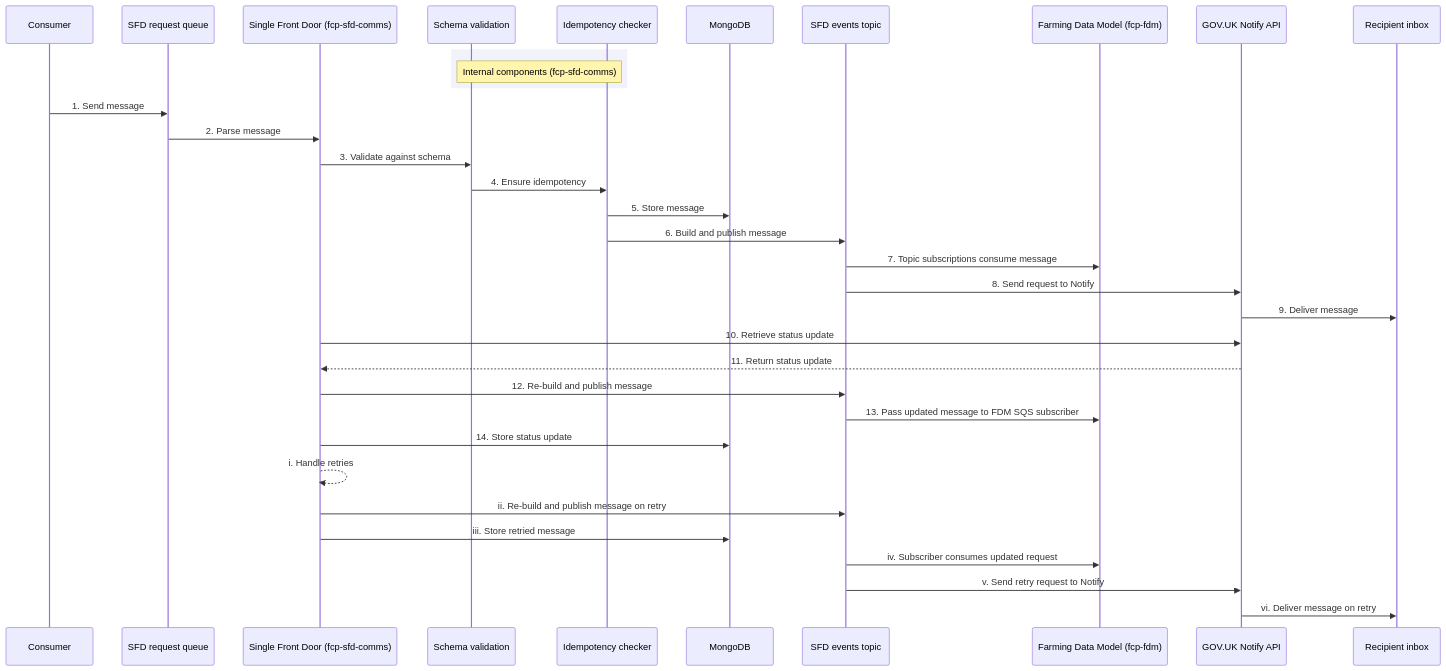
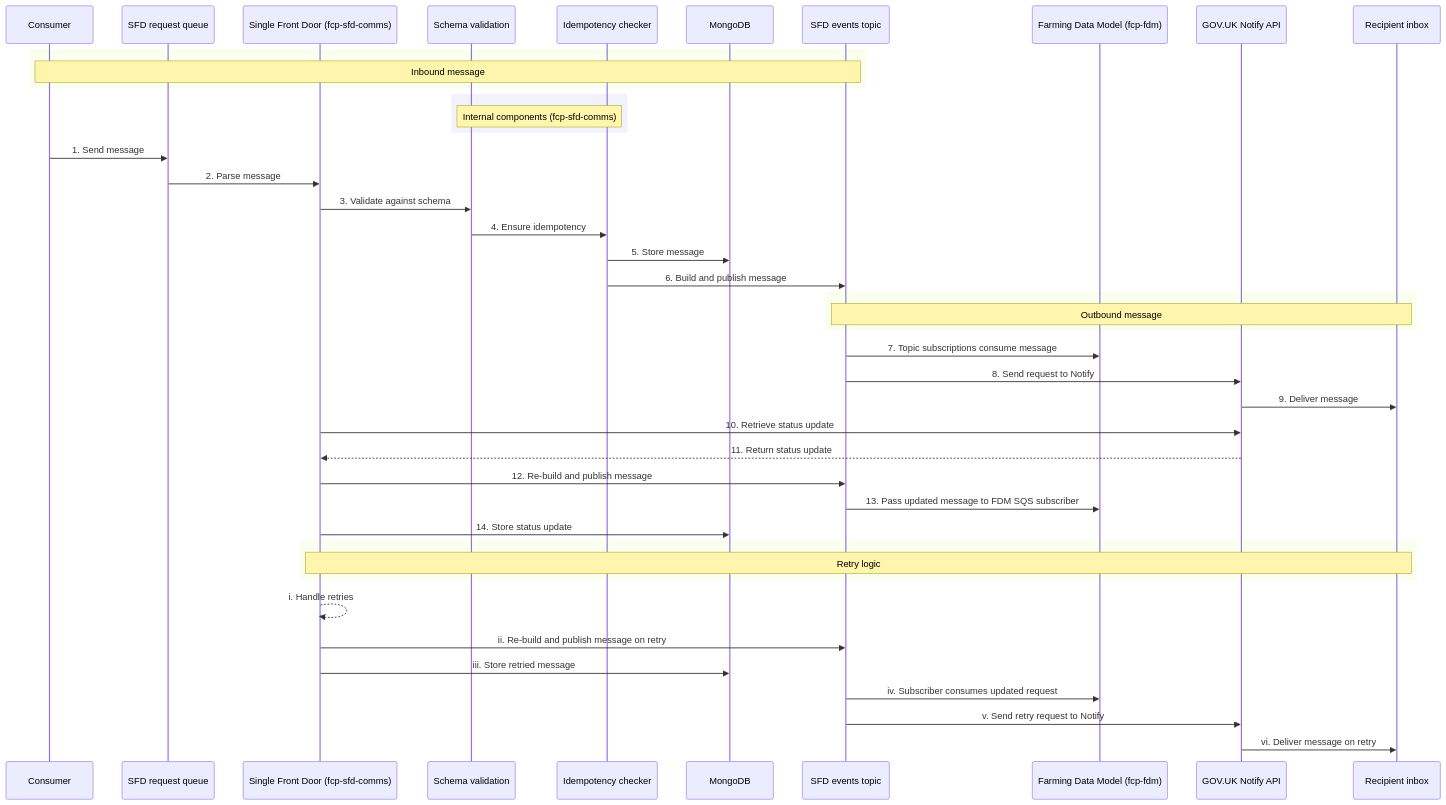
One commit to DEFRA/fcp-sfd-comms changed the first of 2 diagrams in README.md. Above: the diagram before and after it, drawn with Mermaid. The commit also changed other lines of this file, not shown here.

````diff
--- a/README.md
+++ b/README.md
@@ -21,40 +21,54 @@
 ```mermaid
 sequenceDiagram
     participant CONSUMER as Consumer
     participant SQS as SFD request queue
     participant SFD as Single Front Door (fcp-sfd-comms)
     participant VALIDATOR as Schema validation
     participant IDEMPOTENCY_CHECKER as Idempotency checker
     participant MONGO as MongoDB
     participant SNS as SFD events topic
     participant FDM as Farming Data Model (fcp-fdm)
     participant NOTIFY as GOV.UK Notify API
     participant RECIPIENT as Recipient inbox
 
+    rect
+        note over CONSUMER,SNS: Inbound message
+    end
+
     rect rgba(230, 230, 250, 0.5)
         note over VALIDATOR,IDEMPOTENCY_CHECKER: Internal components (fcp-sfd-comms)
     end
+
 
     CONSUMER->>SQS: 1. Send message
     SQS->>SFD: 2. Parse message
     SFD->>VALIDATOR: 3. Validate against schema
     VALIDATOR->>IDEMPOTENCY_CHECKER: 4. Ensure idempotency
     IDEMPOTENCY_CHECKER->>MONGO: 5. Store message
     IDEMPOTENCY_CHECKER->>SNS: 6. Build and publish message
+
+    rect
+        note over SNS,RECIPIENT: Outbound message
+    end
+
     SNS->>FDM: 7. Topic subscriptions consume message
     SNS->>NOTIFY: 8. Send request to Notify
     NOTIFY->>RECIPIENT: 9. Deliver message
 
     SFD->>NOTIFY: 10. Retrieve status update
     NOTIFY-->>SFD: 11. Return status update
     SFD->>SNS: 12. Re-build and publish message
     SNS->>FDM: 13. Pass updated message to FDM SQS subscriber
     SFD->>MONGO: 14. Store status update
 
+    rect
+        note over SFD,RECIPIENT: Retry logic
+    end
+
     SFD-->>SFD: i. Handle retries
     SFD->>SNS: ii. Re-build and publish message on retry
     SFD->>MONGO: iii. Store retried message
     SNS->>FDM: iv. Subscriber consumes updated request
     SNS->>NOTIFY: v. Send retry request to Notify
     NOTIFY->>RECIPIENT: vi. Deliver message on retry
 ```
````
